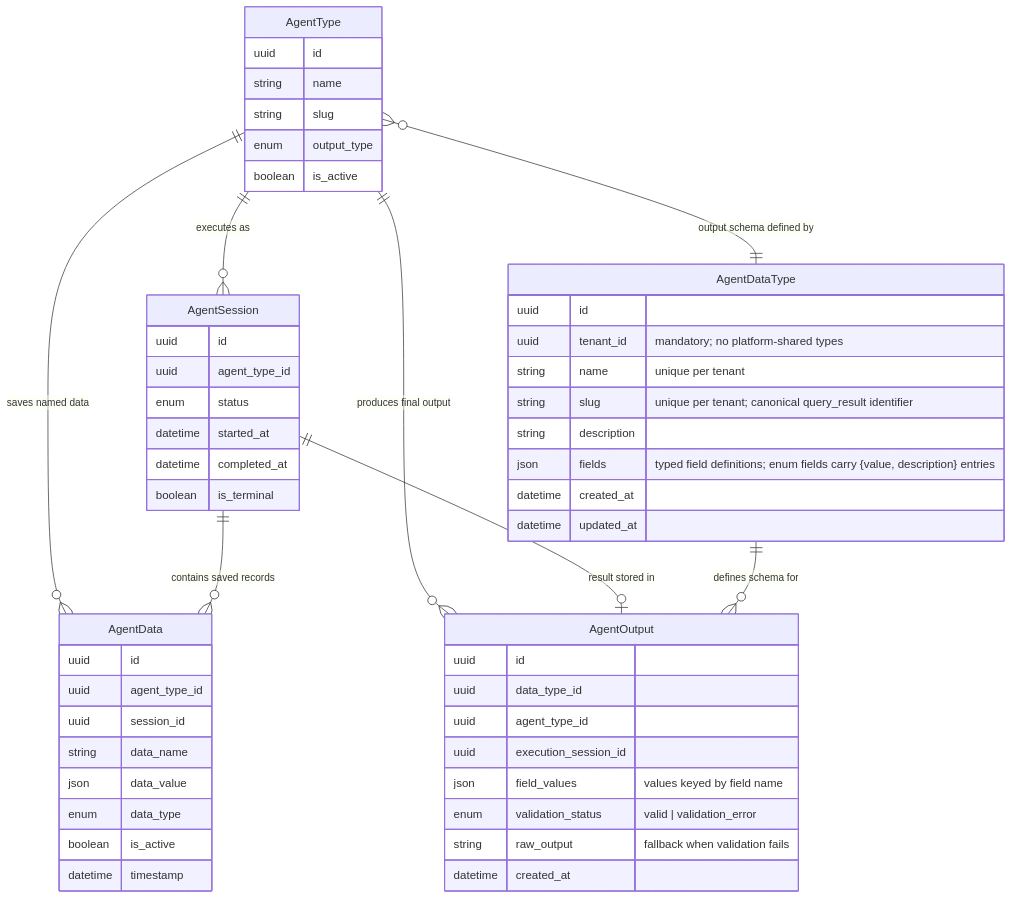
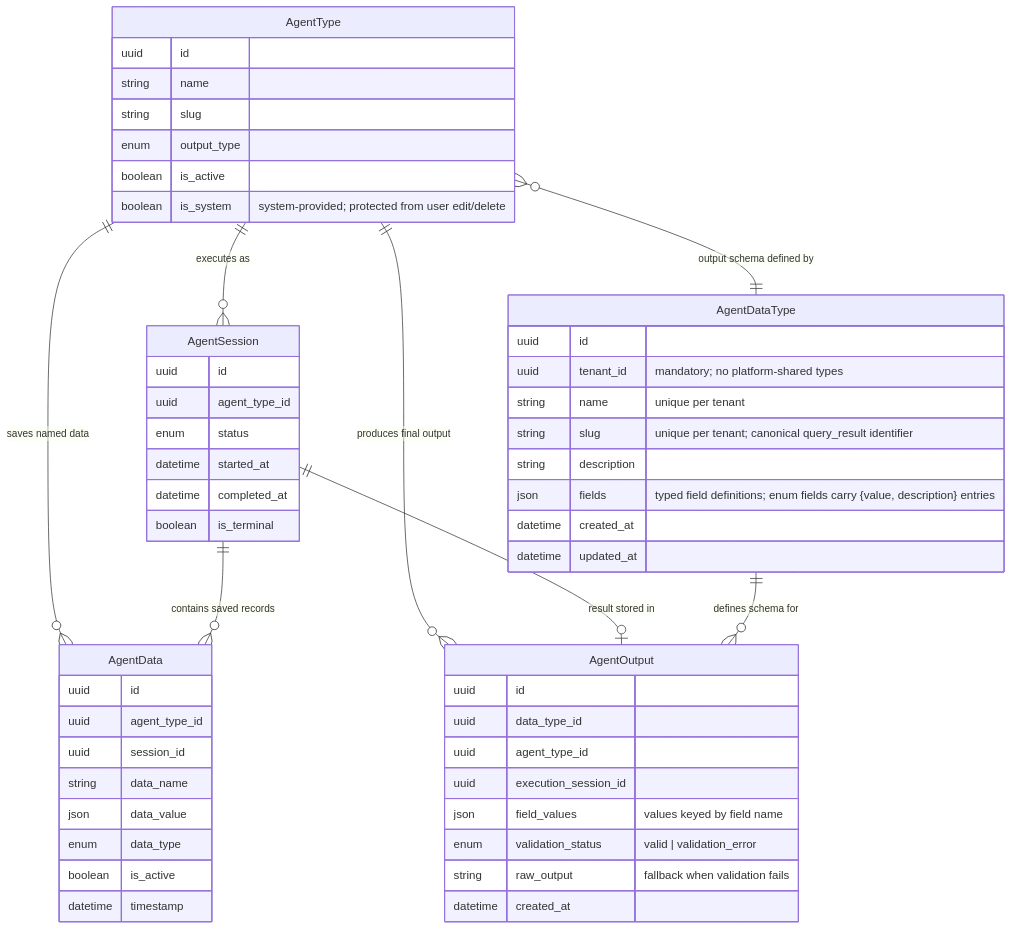
Before and after one commit to hurungang/parthenon: the eighth of 15 diagrams in docs/master/data-model/overview.md, drawn with Mermaid. The commit also changed other lines of this file and 269 other files, not shown here.

````diff
--- a/docs/master/data-model/overview.md
+++ b/docs/master/data-model/overview.md
@@ -718,59 +735,60 @@
 ```mermaid
 erDiagram
     AgentType {
         uuid id
         string name
         string slug
         enum output_type
         boolean is_active
+        boolean is_system "system-provided; protected from user edit/delete"
     }
 
     AgentSession {
         uuid id
         uuid agent_type_id
         enum status
         datetime started_at
         datetime completed_at
         boolean is_terminal
     }
 
     AgentData {
         uuid id
         uuid agent_type_id
         uuid session_id
         string data_name
         json data_value
         enum data_type
         boolean is_active
         datetime timestamp
     }
 
     AgentOutput {
         uuid id
         uuid data_type_id
         uuid agent_type_id
         uuid execution_session_id
         json field_values "values keyed by field name"
         enum validation_status "valid | validation_error"
         string raw_output "fallback when validation fails"
         datetime created_at
     }
     AgentDataType {
         uuid id
         uuid tenant_id "mandatory; no platform-shared types"
         string name "unique per tenant"
         string slug "unique per tenant; canonical query_result identifier"
         string description
         json fields "typed field definitions; enum fields carry {value, description} entries"
         datetime created_at
         datetime updated_at
     }
 
     AgentType ||--o{ AgentSession : "executes as"
     AgentType ||--o{ AgentData : "saves named data"
     AgentSession ||--o{ AgentData : "contains saved records"
     AgentType ||--o{ AgentOutput : "produces final output"
     AgentSession ||--o| AgentOutput : "result stored in"
     AgentDataType ||--o{ AgentOutput : "defines schema for"
     AgentType }o--|| AgentDataType : "output schema defined by"
 ```
````
